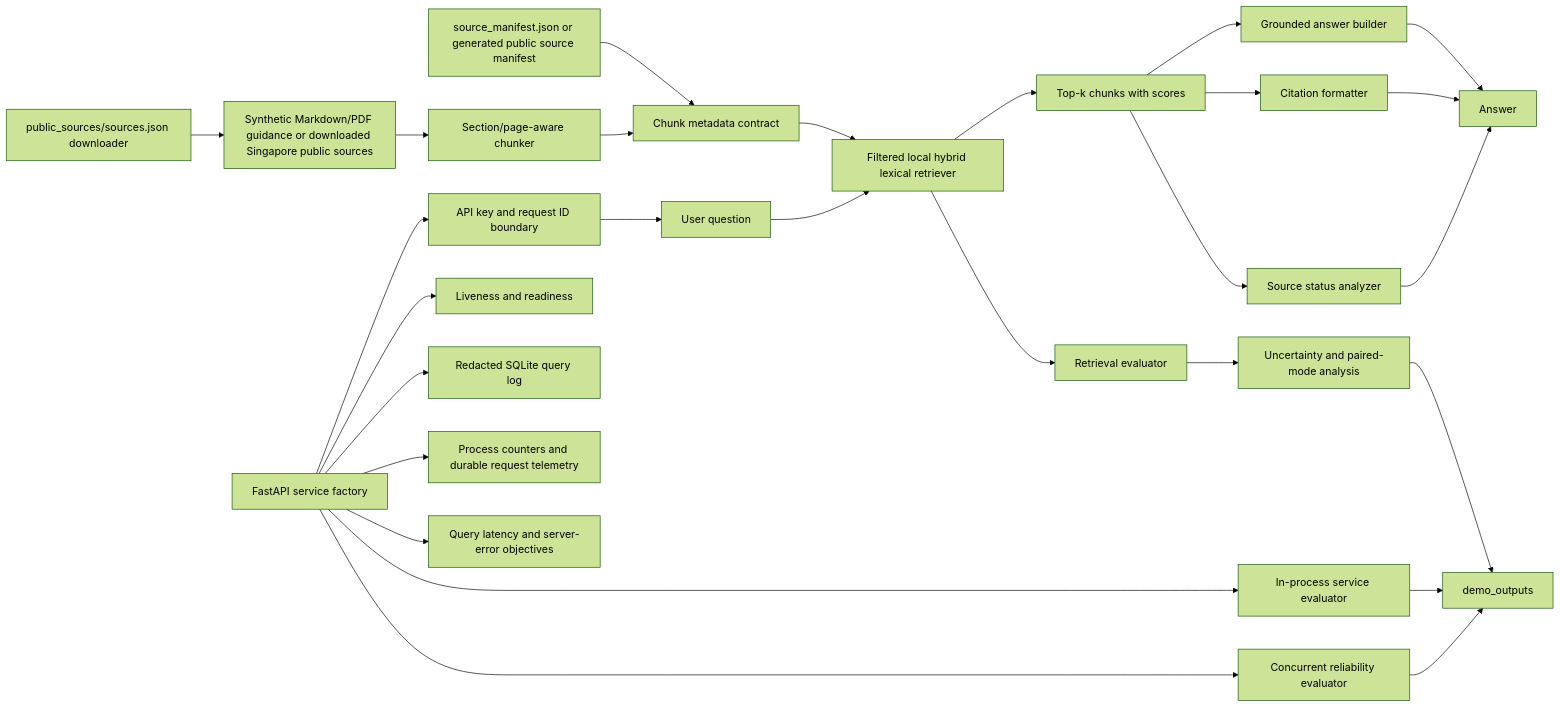
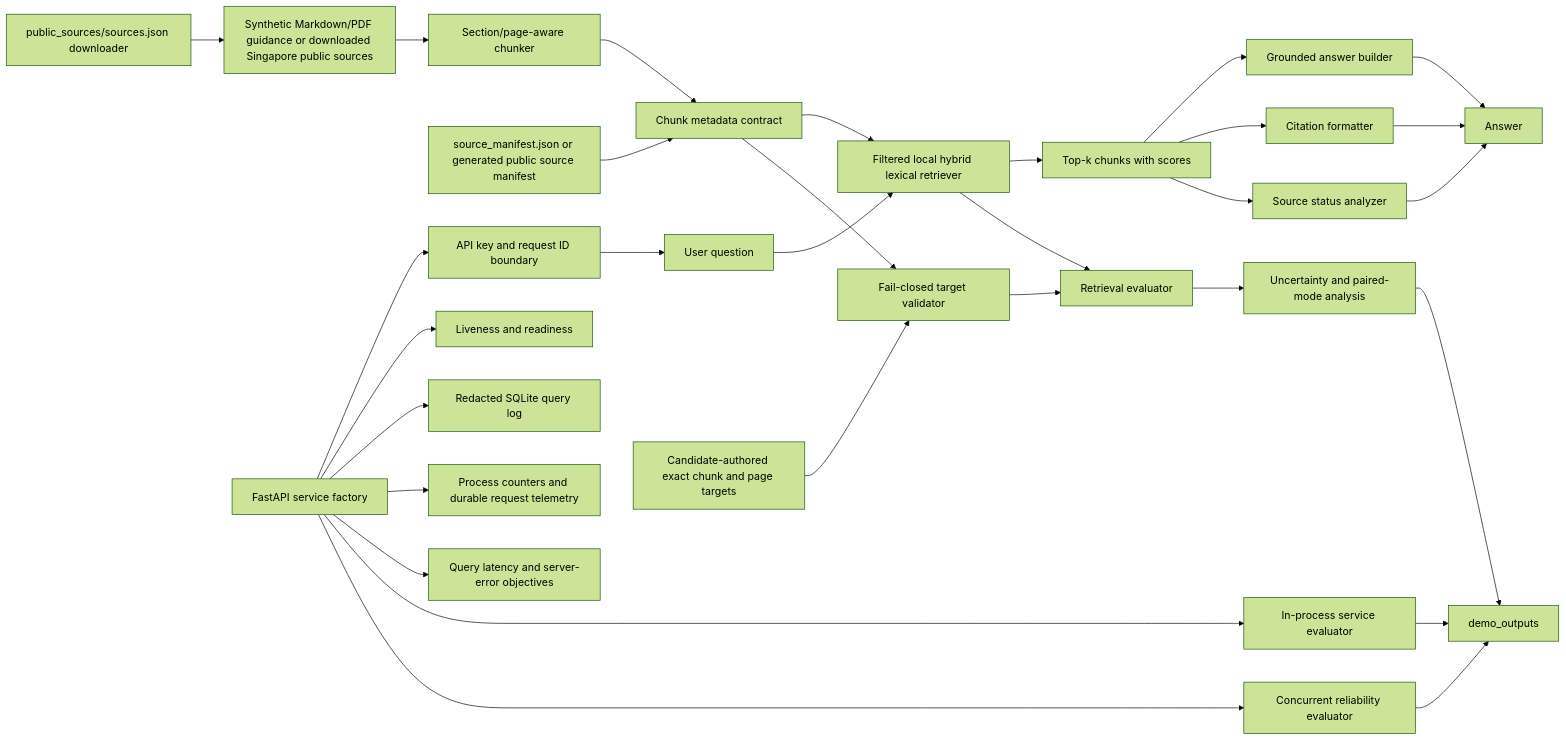
The diagram in projects/aec-code-compliance-rag/ARCHITECTURE.md (josiahsutd-stack/ai-portfolio), drawn with Mermaid (forest theme) before and after one commit. The commit also changed other lines of this file and 41 other files, not shown here.

````diff
--- a/projects/aec-code-compliance-rag/ARCHITECTURE.md
+++ b/projects/aec-code-compliance-rag/ARCHITECTURE.md
@@ -7,29 +7,32 @@
 ```mermaid
 flowchart LR
   A["Synthetic Markdown/PDF guidance or downloaded Singapore public sources"] --> B["Section/page-aware chunker"]
   S["public_sources/sources.json downloader"] --> A
   M["source_manifest.json or generated public source manifest"] --> C["Chunk metadata contract"]
   B --> C["Chunk metadata contract"]
   C --> D["Filtered local hybrid lexical retriever"]
   Q["User question"] --> D
   D --> E["Top-k chunks with scores"]
   E --> F["Grounded answer builder"]
   E --> G["Citation formatter"]
   E --> K["Source status analyzer"]
   F --> H["Answer"]
   G --> H
   K --> H
   API["FastAPI service factory"] --> AUTH["API key and request ID boundary"]
   AUTH --> Q
   API --> LIVE["Liveness and readiness"]
   API --> LOG["Redacted SQLite query log"]
   API --> MET["Process counters and durable request telemetry"]
   API --> OBJ["Query latency and server-error objectives"]
   D --> I["Retrieval evaluator"]
+  T["Candidate-authored exact chunk and page targets"] --> V["Fail-closed target validator"]
+  C --> V
+  V --> I
   I --> U["Uncertainty and paired-mode analysis"]
   U --> J["demo_outputs"]
   API --> SI["In-process service evaluator"]
   SI --> J
   API --> RI["Concurrent reliability evaluator"]
   RI --> J
 ```
````
